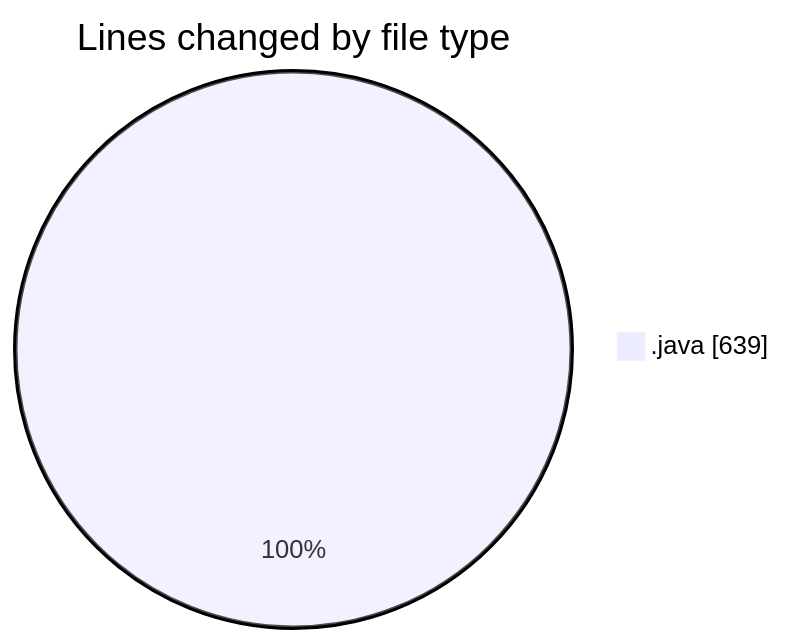
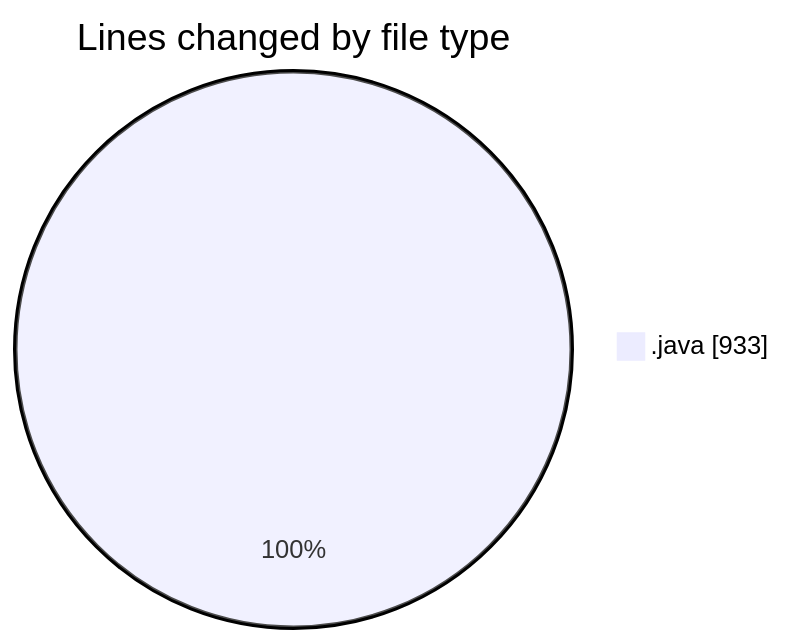
The first of 2 diagrams in 2026-05-12/cilapp/README.md (ricardozamudiocil/code-tracking), drawn with Mermaid before and after one commit. The commit also changed other lines of this file and 1 other file, not shown here.

````diff
--- a/2026-05-12/cilapp/README.md
+++ b/2026-05-12/cilapp/README.md
@@ -23,5 +24,5 @@
 ```mermaid
 pie showData
 title Lines changed by file type
-".java" : 639
+".java" : 933
 ```
````
